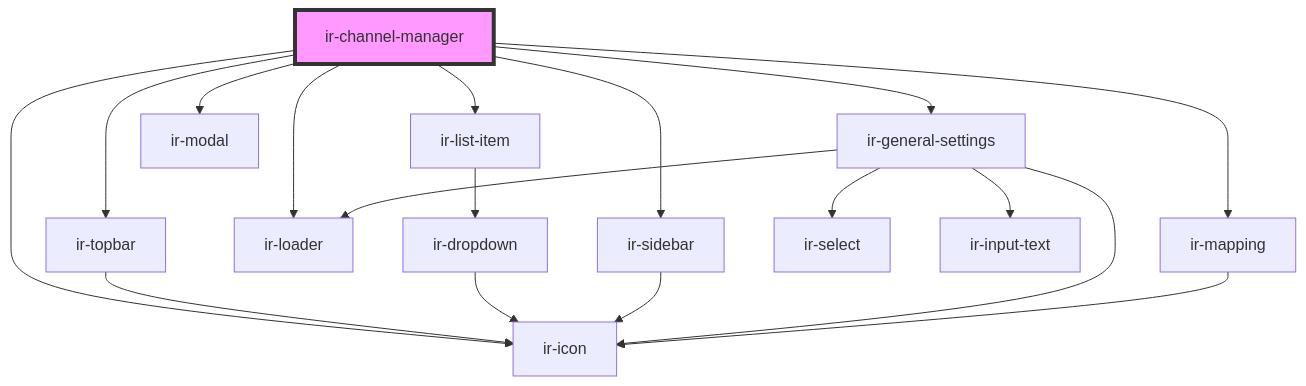
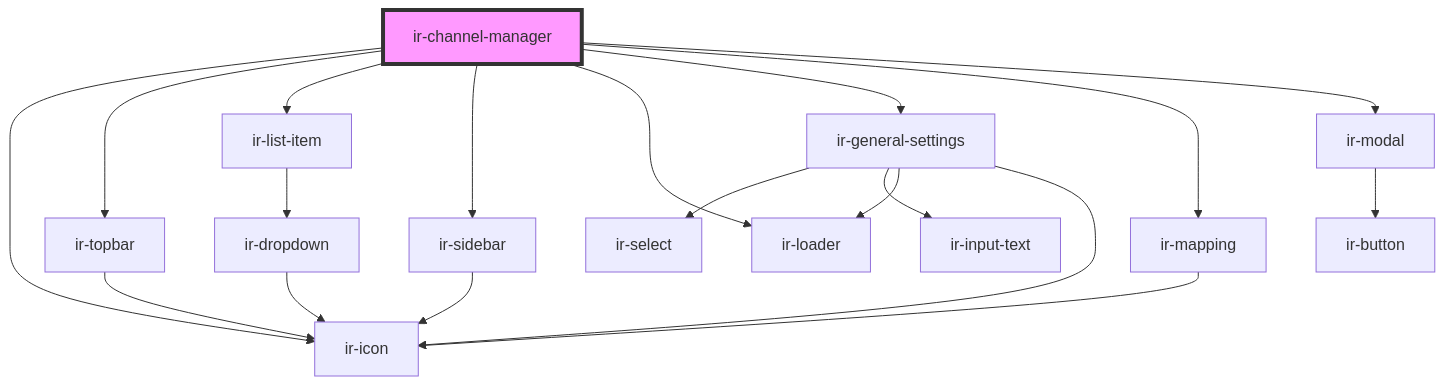
One commit to freddynasr/ir-webcmp changed the diagram in src/components/ir-channel-manager/readme.md. Above: the diagram before and after it, drawn with Mermaid. The commit also changed 4 other files, not shown here.

````diff
--- a/src/components/ir-channel-manager/readme.md
+++ b/src/components/ir-channel-manager/readme.md
@@ -30,21 +30,22 @@
 ```mermaid
 graph TD;
   ir-channel-manager --> ir-icon
   ir-channel-manager --> ir-topbar
   ir-channel-manager --> ir-list-item
   ir-channel-manager --> ir-sidebar
   ir-channel-manager --> ir-loader
   ir-channel-manager --> ir-general-settings
   ir-channel-manager --> ir-mapping
   ir-channel-manager --> ir-modal
   ir-topbar --> ir-icon
   ir-list-item --> ir-dropdown
   ir-dropdown --> ir-icon
   ir-sidebar --> ir-icon
   ir-general-settings --> ir-select
   ir-general-settings --> ir-input-text
   ir-general-settings --> ir-loader
   ir-general-settings --> ir-icon
   ir-mapping --> ir-icon
+  ir-modal --> ir-button
   style ir-channel-manager fill:#f9f,stroke:#333,stroke-width:4px
 ```
````
